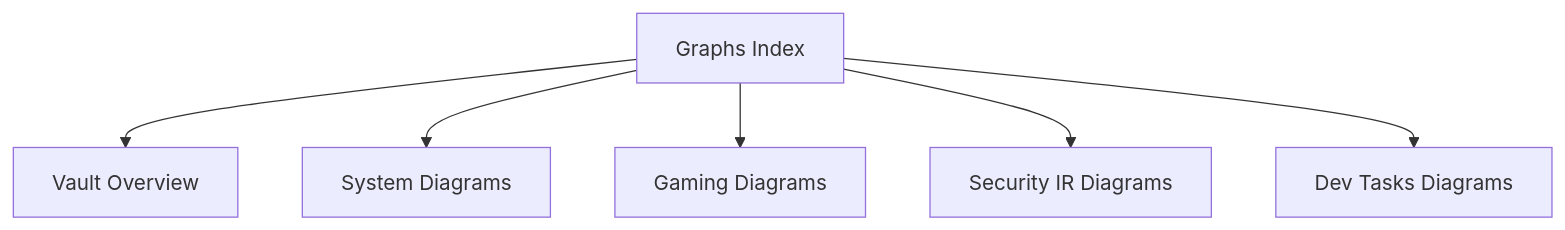
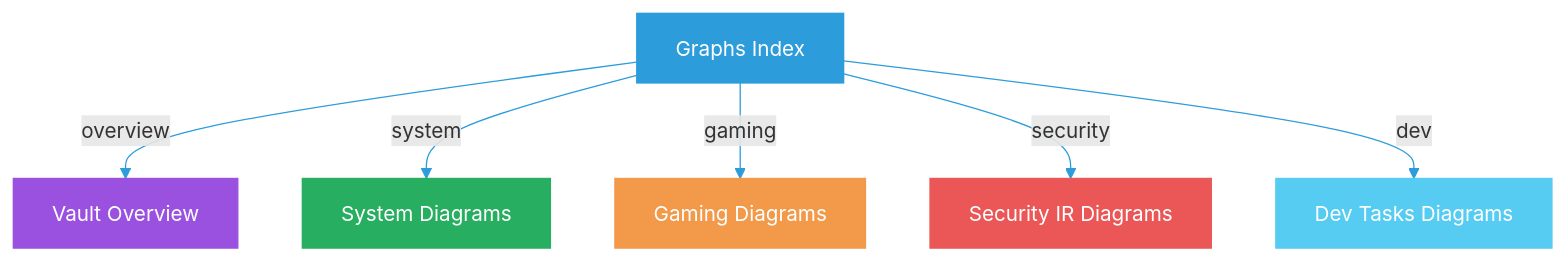
Before and after one commit to 444Nazky/My-Vault: the diagram in Graphs/00-Graph-Index.md, drawn with Mermaid. The commit also changed 15 other files, not shown here.

````diff
--- a/Graphs/00-Graph-Index.md
+++ b/Graphs/00-Graph-Index.md
@@ -15,8 +15,15 @@
 ```mermaid
+%%{init: {'theme': 'default', 'themeVariables': { 'primaryColor': '#2D9CDB', 'lineColor': '#2D9CDB'}}}%%
 graph TD
- IDX["Graphs Index"] --> OV["Vault Overview"]
- IDX --> SYS["System Diagrams"]
- IDX --> GAM["Gaming Diagrams"]
- IDX --> SEC["Security IR Diagrams"]
- IDX --> DEV["Dev Tasks Diagrams"]
+ IDX["Graphs Index"] -->|overview| OV["Vault Overview"]
+ IDX -->|system| SYS["System Diagrams"]
+ IDX -->|gaming| GAM["Gaming Diagrams"]
+ IDX -->|security| SEC["Security IR Diagrams"]
+ IDX -->|dev| DEV["Dev Tasks Diagrams"]
+ style IDX fill:#2D9CDB,stroke:#2D9CDB,color:#fff
+ style OV fill:#9B51E0,stroke:#9B51E0,color:#fff
+ style SYS fill:#27AE60,stroke:#27AE60,color:#fff
+ style GAM fill:#F2994A,stroke:#F2994A,color:#fff
+ style SEC fill:#EB5757,stroke:#EB5757,color:#fff
+ style DEV fill:#56CCF2,stroke:#56CCF2,color:#fff
 ```
````
